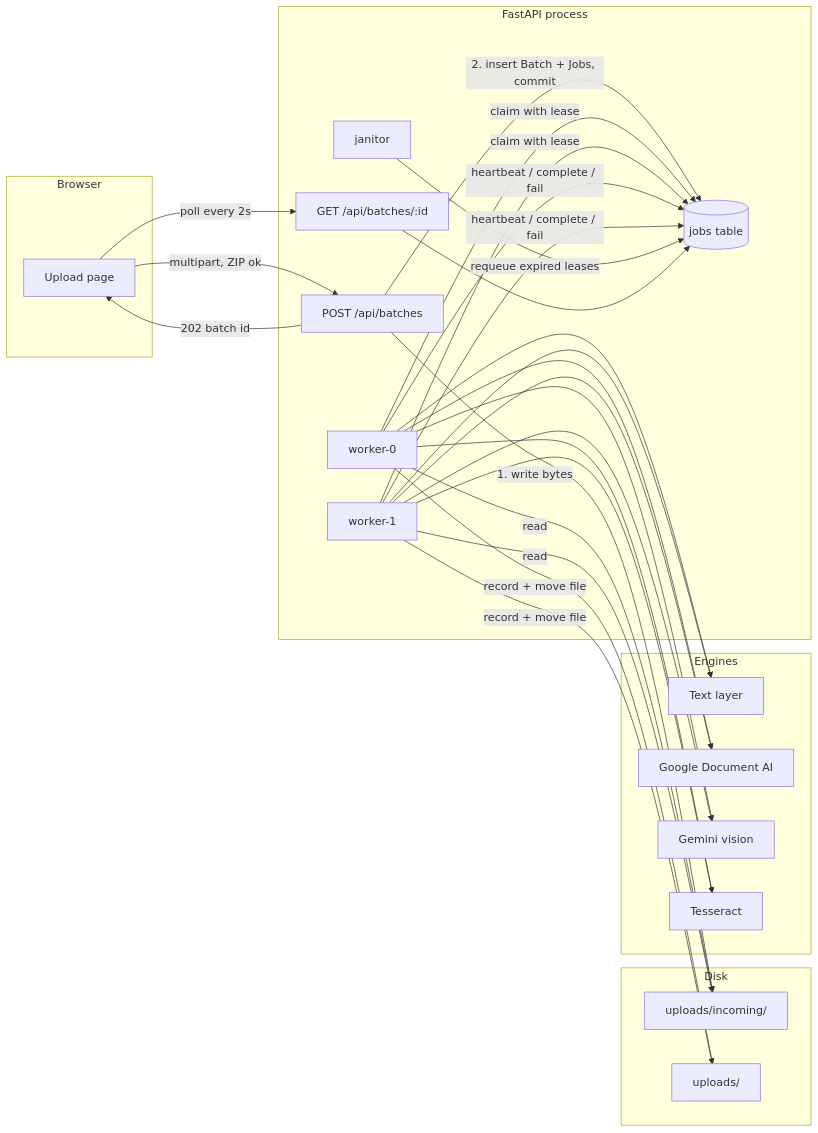
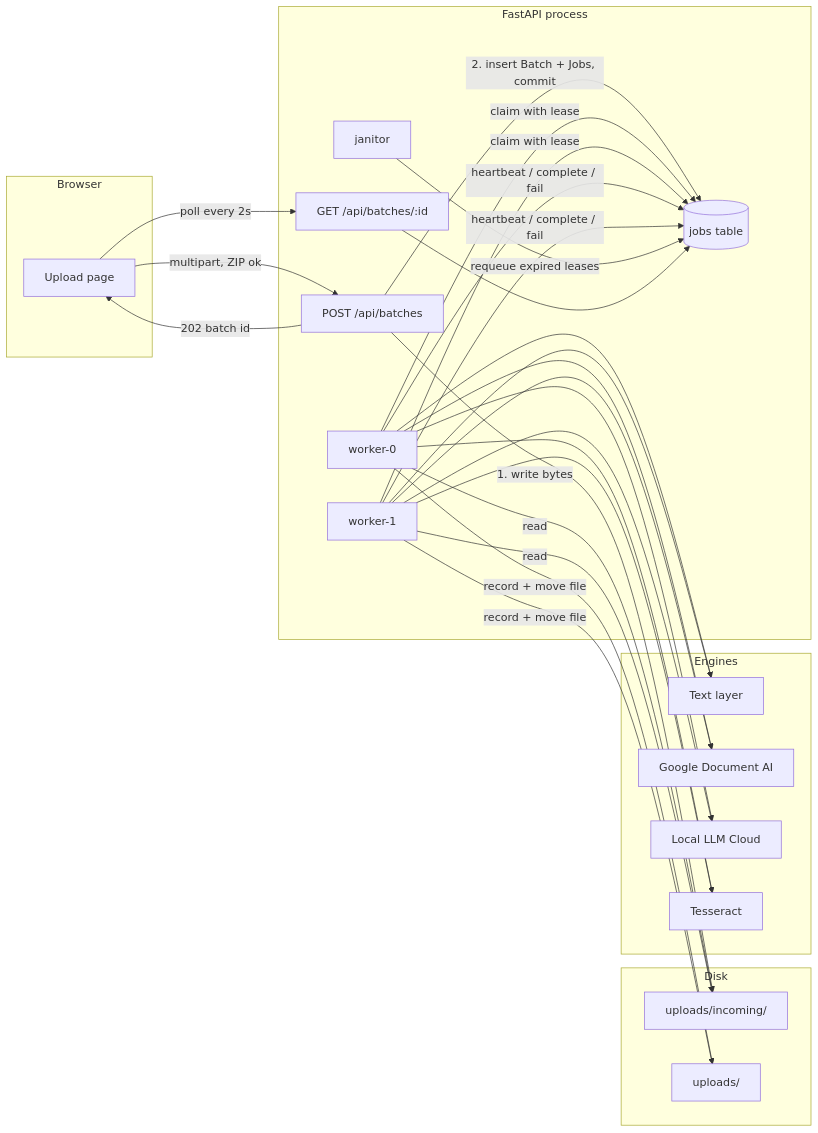
One commit to Abhijeetkumar8582/document changed the first of 3 diagrams in docs/ARCHITECTURE.md. Above: the diagram before and after it, drawn with Mermaid. The commit also changed other lines of this file and 35 other files, not shown here.

````diff
--- a/docs/ARCHITECTURE.md
+++ b/docs/ARCHITECTURE.md
@@ -9,36 +9,36 @@
 ```mermaid
 flowchart LR
     subgraph Browser
         UI[Upload page]
     end
     subgraph API["FastAPI process"]
         EP[POST /api/batches]
         Q[(jobs table)]
         W1[worker-0]
         W2[worker-1]
         J[janitor]
         ST[GET /api/batches/:id]
     end
     subgraph Disk
         INC[uploads/incoming/]
         FIN[uploads/]
     end
     subgraph Engines
         TL[Text layer]
         GD[Google Document AI]
-        LV[Gemini vision]
+        LV[Local LLM Cloud]
         OCR[Tesseract]
     end
     UI -- multipart, ZIP ok --> EP
     EP -- 1. write bytes --> INC
     EP -- 2. insert Batch + Jobs, commit --> Q
     EP -- 202 batch id --> UI
     W1 & W2 -- claim with lease --> Q
     W1 & W2 -- read --> INC
     W1 & W2 --> TL & GD & LV & OCR
     W1 & W2 -- record + move file --> FIN
     W1 & W2 -- heartbeat / complete / fail --> Q
     J -- requeue expired leases --> Q
     UI -- poll every 2s --> ST
     ST --> Q
 ```
````
